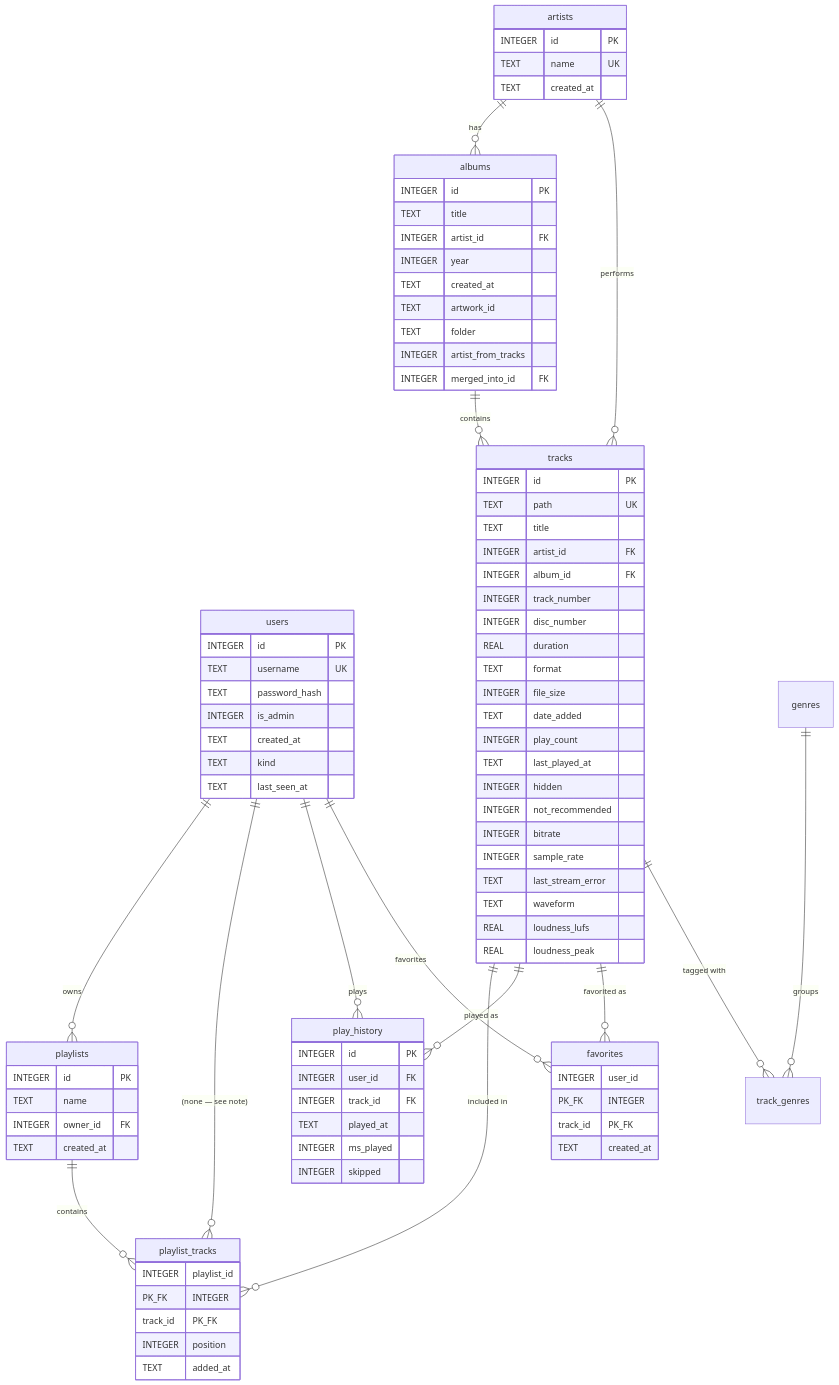
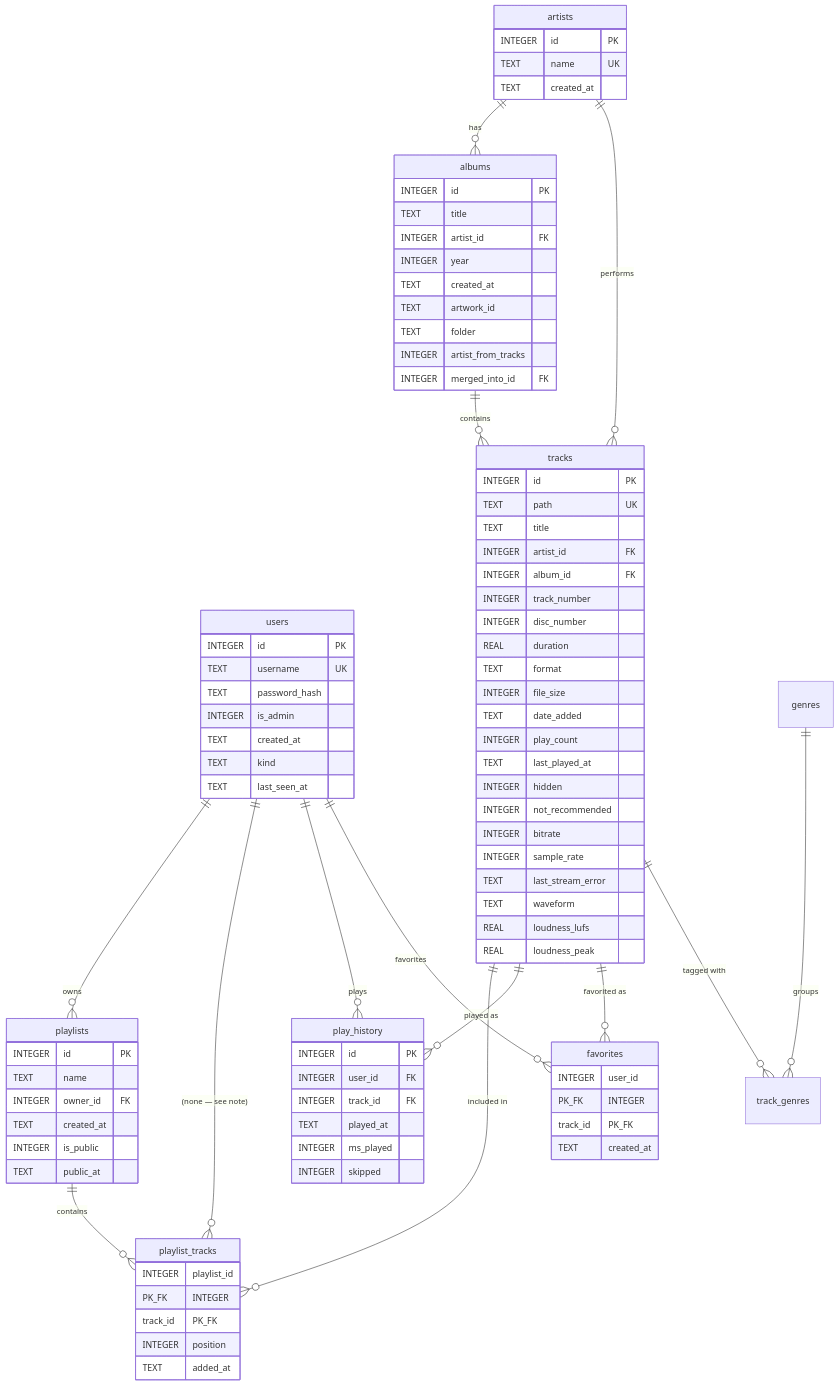
Before and after one commit to meranisu/brainlessmusic: the diagram in .docs/reference/database-schema.md, drawn with Mermaid. The commit also changed other lines of this file and 17 other files, not shown here.

```diff
--- a/.docs/reference/database-schema.md
+++ b/.docs/reference/database-schema.md
@@ -87,6 +87,8 @@
         TEXT name
         INTEGER owner_id FK
         TEXT created_at
+        INTEGER is_public
+        TEXT public_at
     }
     playlist_tracks {
         INTEGER playlist_id PK_FK
```
